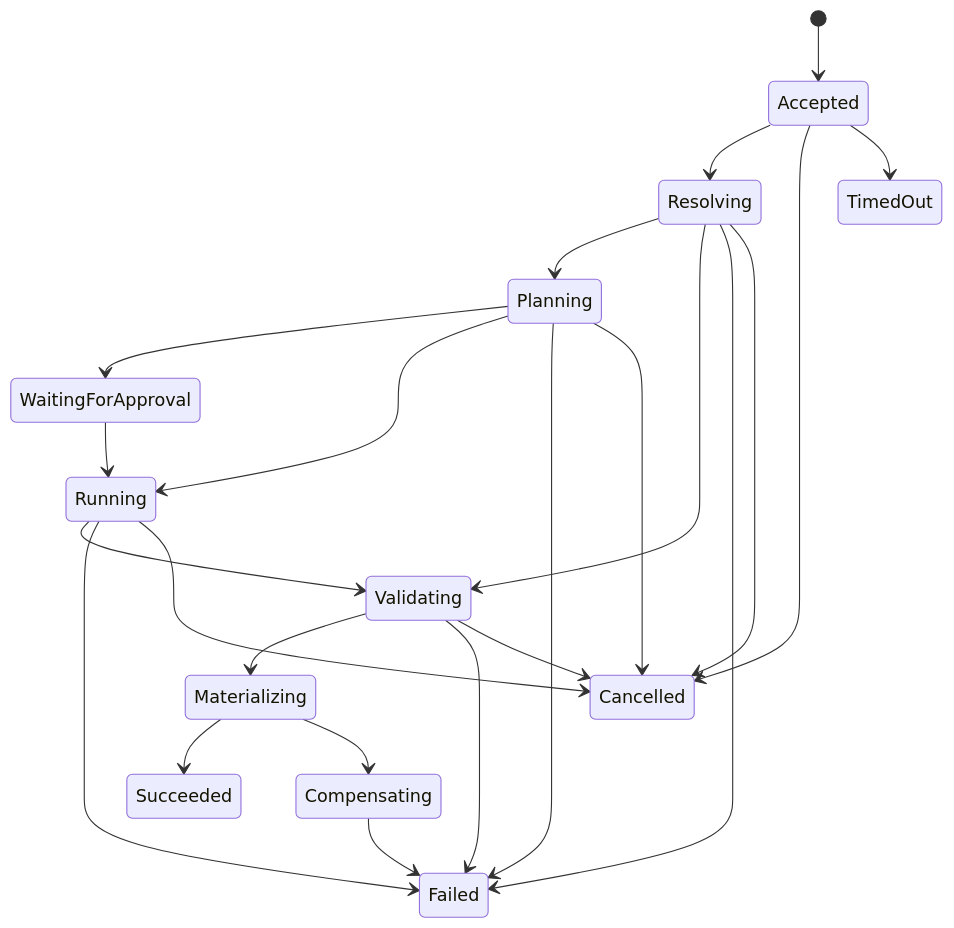
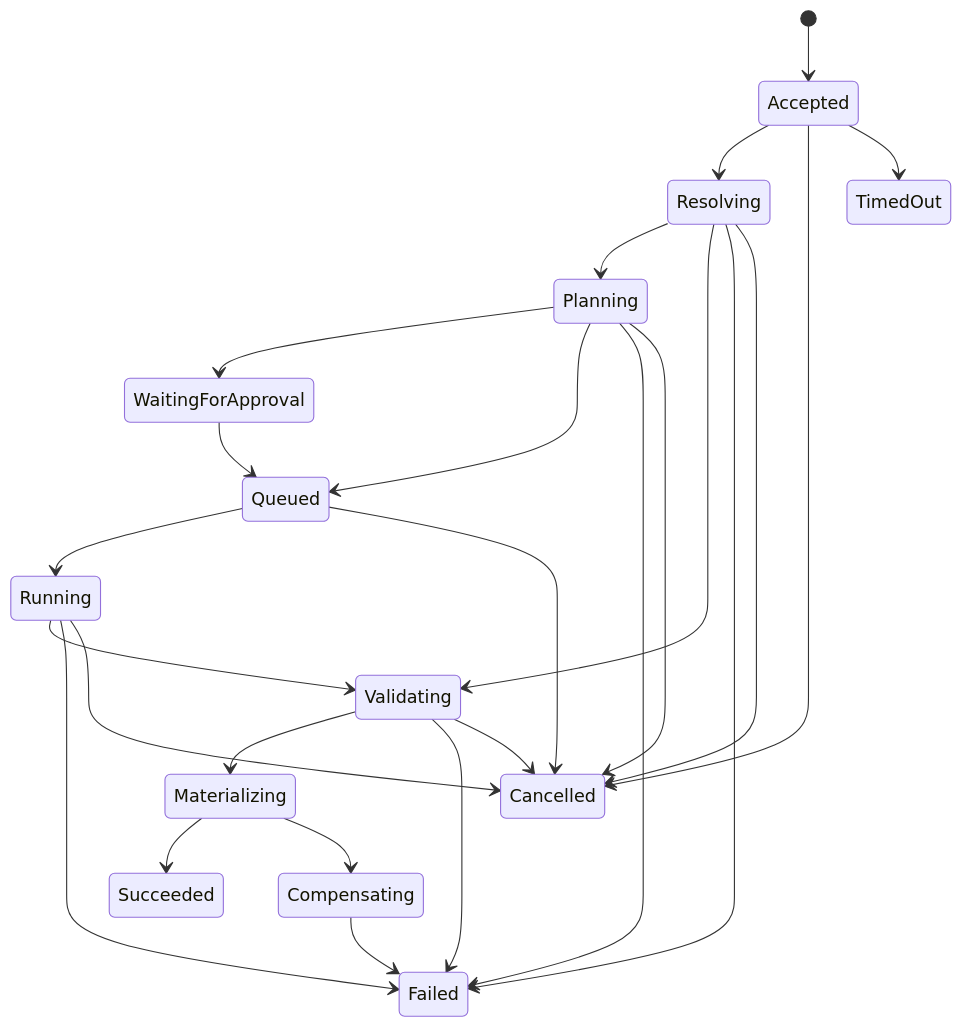
Before and after one commit to lazineziri/iRoute: diagram 14 of 16 in docs/architecture.md, drawn with Mermaid. The commit also changed other lines of this file and 53 other files, not shown here.

````diff
--- a/docs/architecture.md
+++ b/docs/architecture.md
@@ -241,25 +241,27 @@
 ```mermaid
 stateDiagram-v2
     [*] --> Accepted
     Accepted --> Resolving
     Resolving --> Planning
     Resolving --> Validating
     Planning --> WaitingForApproval
-    Planning --> Running
-    WaitingForApproval --> Running
+    Planning --> Queued
+    WaitingForApproval --> Queued
+    Queued --> Running
     Running --> Validating
     Validating --> Materializing
     Materializing --> Succeeded
     Materializing --> Compensating
     Compensating --> Failed
     Accepted --> Cancelled
     Accepted --> TimedOut
     Resolving --> Failed
     Planning --> Failed
     Running --> Failed
     Validating --> Failed
     Resolving --> Cancelled
     Planning --> Cancelled
+    Queued --> Cancelled
     Running --> Cancelled
     Validating --> Cancelled
 ```
````
